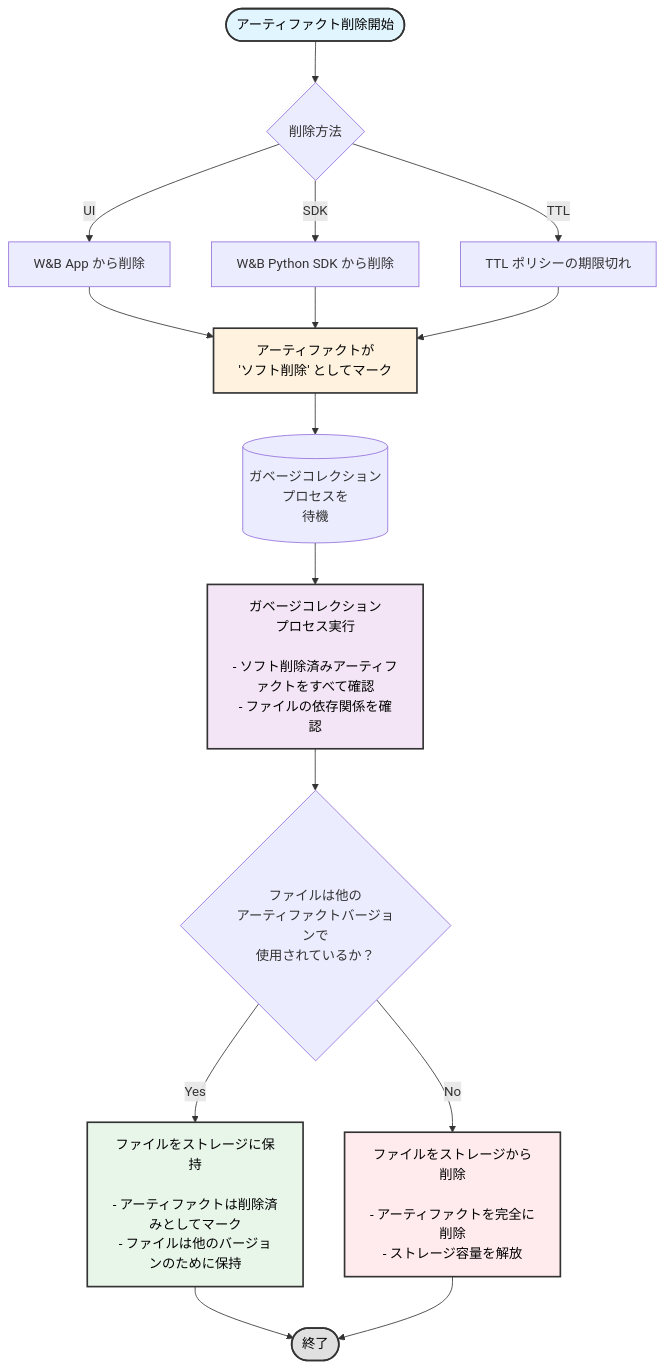
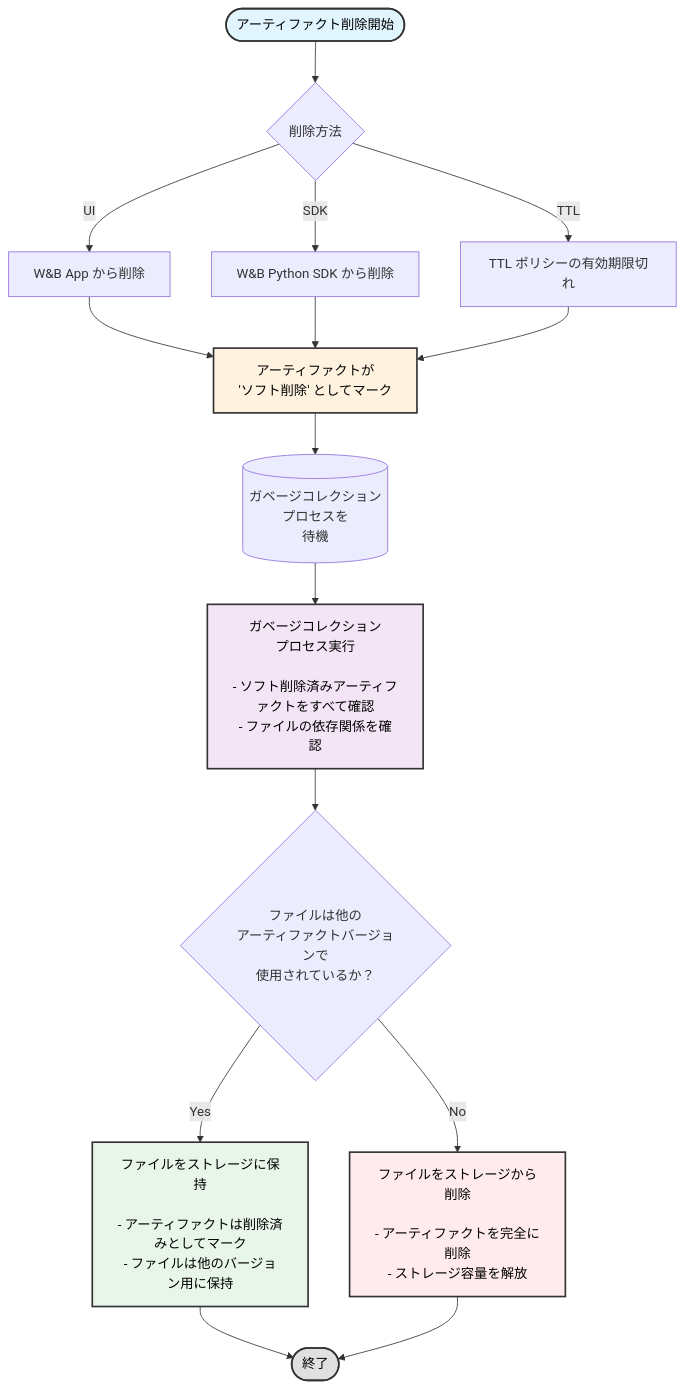
One commit to wandb/docs changed the diagram in ja/models/artifacts/delete-artifacts.mdx. Above: the diagram before and after it, drawn with Mermaid. The commit also changed other lines of this file and 893 other files, not shown here.

````diff
--- a/ja/models/artifacts/delete-artifacts.mdx
+++ b/ja/models/artifacts/delete-artifacts.mdx
@@ -16,31 +16,31 @@
 ```mermaid
 graph TB
     Start([アーティファクト削除開始]) --> DeleteMethod{削除方法}
     
     DeleteMethod -->|UI| UIDelete[W&B App から削除]
     DeleteMethod -->|SDK| SDKDelete[W&B Python SDK から削除]
-    DeleteMethod -->|TTL| TTLDelete[TTL ポリシーの期限切れ]
+    DeleteMethod -->|TTL| TTLDelete[TTL ポリシーの有効期限切れ]
     
     UIDelete --> SoftDelete[アーティファクトが<br/>'ソフト削除' としてマーク]
     SDKDelete --> SoftDelete
     TTLDelete --> SoftDelete
     
     SoftDelete --> GCWait[(ガベージコレクション<br/>プロセスを<br/>待機)]
     
     GCWait --> GCRun[ガベージコレクション<br/>プロセス実行<br/><br/>- ソフト削除済みアーティファクトをすべて確認<br/>- ファイルの依存関係を確認]
     
     GCRun --> CheckUsage{ファイルは他の<br/>アーティファクトバージョンで<br/>使用されているか？}
     
-    CheckUsage -->|Yes| KeepFiles[ファイルをストレージに保持<br/><br/>- アーティファクトは削除済みとしてマーク<br/>- ファイルは他のバージョンのために保持]
+    CheckUsage -->|Yes| KeepFiles[ファイルをストレージに保持<br/><br/>- アーティファクトは削除済みとしてマーク<br/>- ファイルは他のバージョン用に保持]
     CheckUsage -->|No| DeleteFiles[ファイルをストレージから削除<br/><br/>- アーティファクトを完全に削除<br/>- ストレージ容量を解放]
     
     KeepFiles --> End([終了])
     DeleteFiles --> End
     
     style Start fill:#e1f5fe,stroke:#333,stroke-width:2px,color:#000
     style SoftDelete fill:#fff3e0,stroke:#333,stroke-width:2px,color:#000
     style GCRun fill:#f3e5f5,stroke:#333,stroke-width:2px,color:#000
     style KeepFiles fill:#e8f5e9,stroke:#333,stroke-width:2px,color:#000
     style DeleteFiles fill:#ffebee,stroke:#333,stroke-width:2px,color:#000
     style End fill:#e0e0e0,stroke:#333,stroke-width:2px,color:#000
 ```
````
